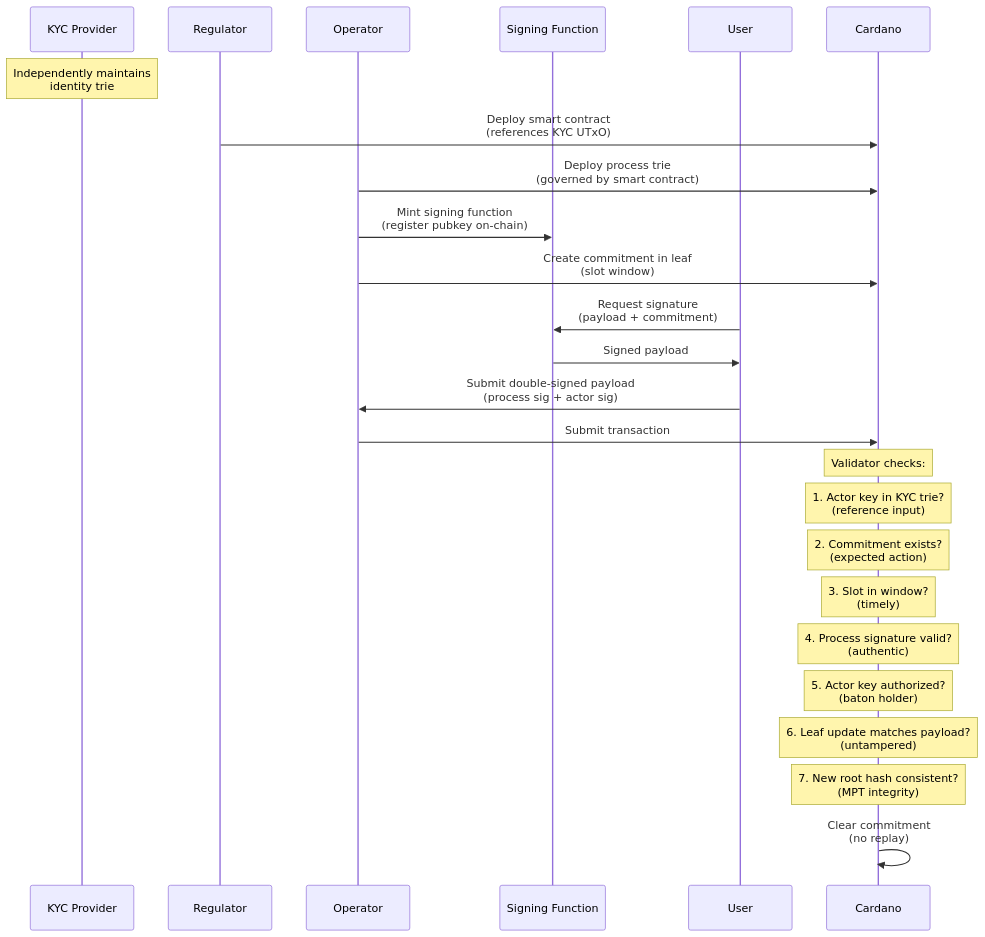
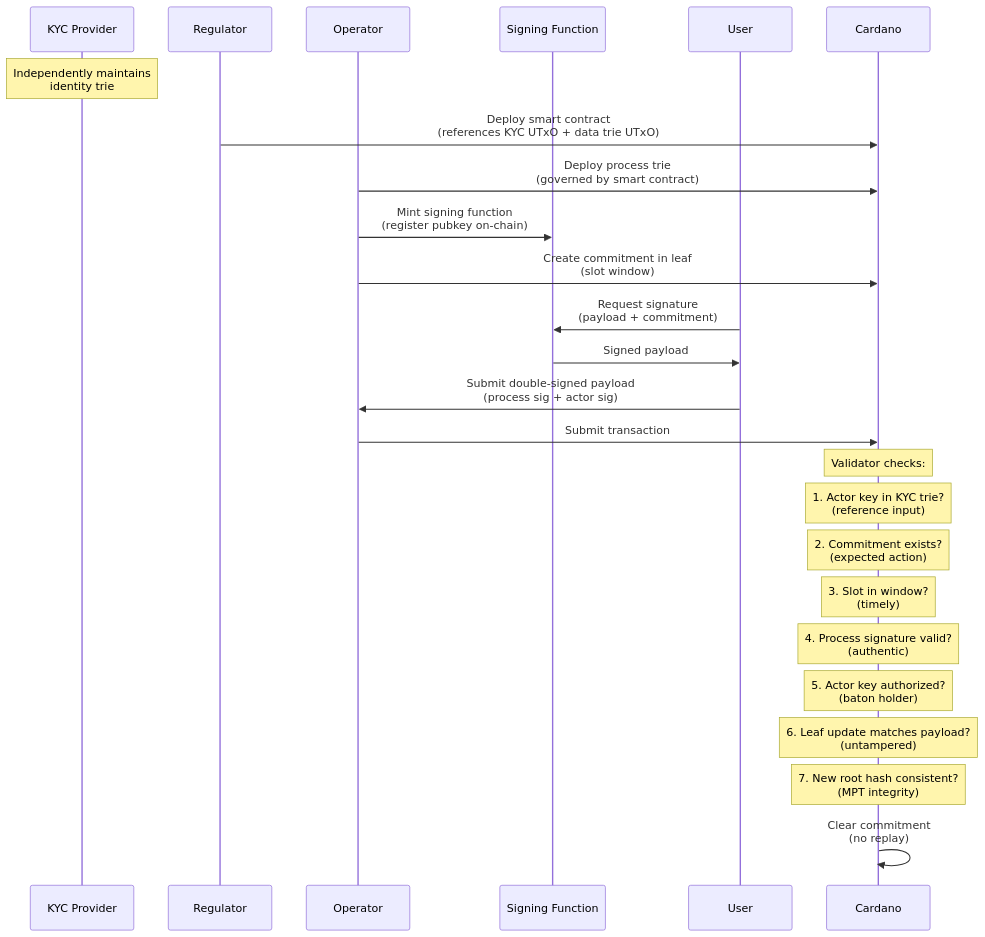
One commit to lambdasistemi/cardano-for-regulators changed the third of 19 diagrams in docs/framework/schema.md. Above: the diagram before and after it, drawn with Mermaid. The commit also changed other lines of this file, not shown here.

First line of the commit message:
docs: refine KYC role, user sovereignty, and data disclosure model

````diff
--- a/docs/framework/schema.md
+++ b/docs/framework/schema.md
@@ -85,36 +95,36 @@
 ```mermaid
 sequenceDiagram
     participant KP as KYC Provider
     participant R as Regulator
     participant O as Operator
     participant SF as Signing Function
     participant U as User
     participant C as Cardano
 
     Note over KP: Independently maintains<br/>identity trie
 
-    R->>C: Deploy smart contract<br/>(references KYC UTxO)
+    R->>C: Deploy smart contract<br/>(references KYC UTxO + data trie UTxO)
 
     O->>C: Deploy process trie<br/>(governed by smart contract)
     O->>SF: Mint signing function<br/>(register pubkey on-chain)
 
     O->>C: Create commitment in leaf<br/>(slot window)
 
     U->>SF: Request signature<br/>(payload + commitment)
     SF->>U: Signed payload
 
     U->>O: Submit double-signed payload<br/>(process sig + actor sig)
 
     O->>C: Submit transaction
 
     Note over C: Validator checks:
     Note over C: 1. Actor key in KYC trie?<br/>(reference input)
     Note over C: 2. Commitment exists?<br/>(expected action)
     Note over C: 3. Slot in window?<br/>(timely)
     Note over C: 4. Process signature valid?<br/>(authentic)
     Note over C: 5. Actor key authorized?<br/>(baton holder)
     Note over C: 6. Leaf update matches payload?<br/>(untampered)
     Note over C: 7. New root hash consistent?<br/>(MPT integrity)
 
     C->>C: Clear commitment<br/>(no replay)
 ```
````
